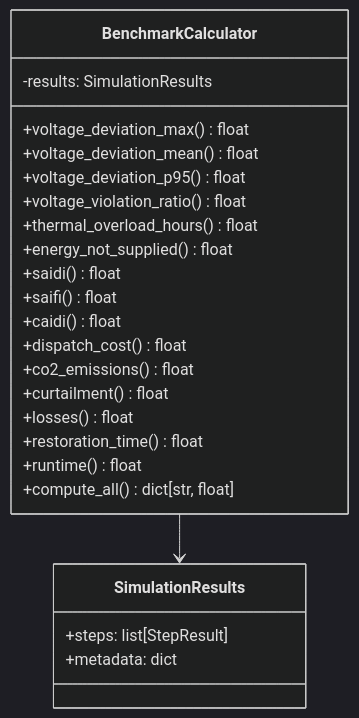
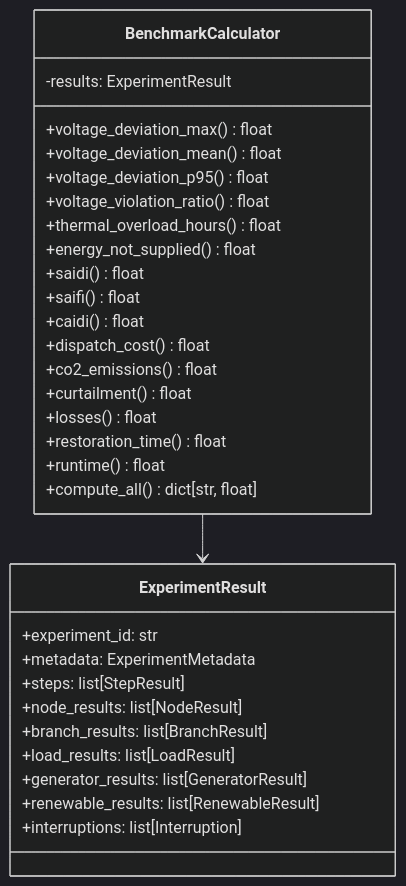
The third of 9 diagrams in docs/detailed_design/07_algorithm.md (bottlenome/gridflow), drawn with Mermaid (dark theme) before and after one commit. The commit also changed other lines of this file and 7 other files, not shown here.

````diff
--- a/docs/detailed_design/07_algorithm.md
+++ b/docs/detailed_design/07_algorithm.md
@@ -189,27 +194,34 @@
 ```mermaid
 classDiagram
     class BenchmarkCalculator {
-        -results: SimulationResults
+        -results: ExperimentResult
         +voltage_deviation_max() float
         +voltage_deviation_mean() float
         +voltage_deviation_p95() float
         +voltage_violation_ratio() float
         +thermal_overload_hours() float
         +energy_not_supplied() float
         +saidi() float
         +saifi() float
         +caidi() float
         +dispatch_cost() float
         +co2_emissions() float
         +curtailment() float
         +losses() float
         +restoration_time() float
         +runtime() float
         +compute_all() dict[str, float]
     }
-    class SimulationResults {
+    class ExperimentResult {
+        +experiment_id: str
+        +metadata: ExperimentMetadata
         +steps: list[StepResult]
-        +metadata: dict
+        +node_results: list[NodeResult]
+        +branch_results: list[BranchResult]
+        +load_results: list[LoadResult]
+        +generator_results: list[GeneratorResult]
+        +renewable_results: list[RenewableResult]
+        +interruptions: list[Interruption]
     }
-    BenchmarkCalculator --> SimulationResults
+    BenchmarkCalculator --> ExperimentResult
 ```
````
